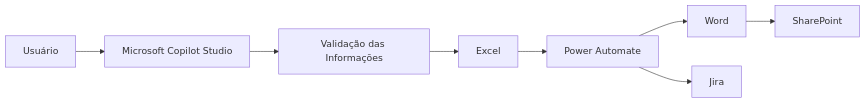
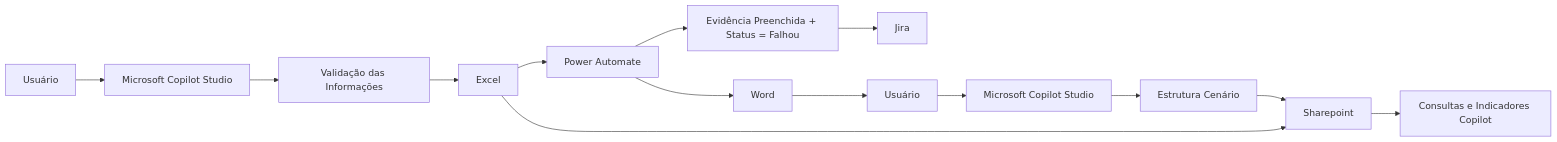
One commit to Atrylli/homologation-AI-orchestrator changed the diagram in README.md. Above: the diagram before and after it, drawn with Mermaid.

Commit message:
Update README.md
update flow

````diff
--- a/README.md
+++ b/README.md
@@ -65,19 +65,31 @@
 ```mermaid
 flowchart LR
 
 A[Usuário]
 
 --> B[Microsoft Copilot Studio]
 
 --> C[Validação das Informações]
 
 --> D[Excel]
 
 --> E[Power Automate]
 
 E --> F[Word]
 
-E --> G[Jira]
+E --> G[Evidência Preenchida + Status = Falhou]
 
-F --> H[SharePoint]
+G --> H[Jira]
+
+F --> I[Usuário]
+
+I --> J[Microsoft Copilot Studio]
+
+J --> K[Estrutura Cenário]
+
+--> L[Sharepoint]
+
+D --> L[Sharepoint]
+
+L --> M[Consultas e Indicadores Copilot]
 ```
````
